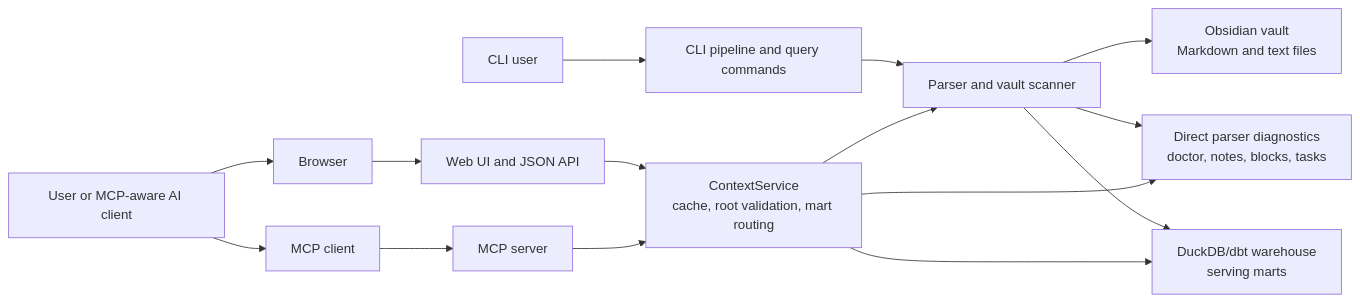
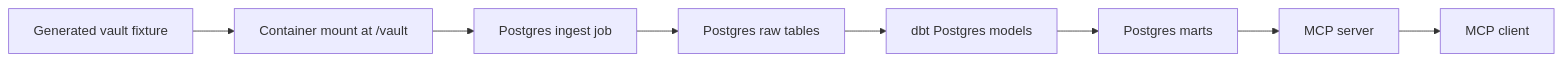
Before and after one commit to gavinsomers/obsidian-mcp-context: the diagram in docs/architecture.md, drawn with Mermaid. The commit also changed other lines of this file and 7137 other files, not shown here.

Commit message:
Make generated workflow Postgres-only

````diff
--- a/docs/architecture.md
+++ b/docs/architecture.md
@@ -16,34 +5,19 @@
 ```mermaid
 flowchart LR
-  user["User or MCP-aware AI client"]
-  browser["Browser"]
-  mcp_client["MCP client"]
-  cli_user["CLI user"]
+  fixture["Generated vault fixture"]
+  mount["Container mount at /vault"]
+  ingest["Postgres ingest job"]
+  postgres["Postgres raw tables"]
+  dbt["dbt Postgres models"]
+  marts["Postgres marts"]
+  mcp["MCP server"]
+  client["MCP client"]
 
-  vault["Obsidian vault<br/>Markdown and text files"]
-  parser["Parser and vault scanner"]
-  diagnostics["Direct parser diagnostics<br/>doctor, notes, blocks, tasks"]
-  duckdb["DuckDB/dbt warehouse<br/>serving marts"]
-  service["ContextService<br/>cache, root validation, mart routing"]
-
-  web["Web UI and JSON API"]
-  mcp["MCP server"]
-  cli["CLI pipeline and query commands"]
-
-  user --> browser
-  user --> mcp_client
-  cli_user --> cli
-  browser --> web
-  mcp_client --> mcp
-
-  cli --> parser
-  parser --> vault
-  parser --> diagnostics
-  parser --> duckdb
-
-  web --> service
-  mcp --> service
-  service --> parser
-  service --> diagnostics
-  service --> duckdb
+  fixture --> mount
+  mount --> ingest
+  ingest --> postgres
+  postgres --> dbt
+  dbt --> marts
+  marts --> mcp
+  mcp --> client
 ```
````
